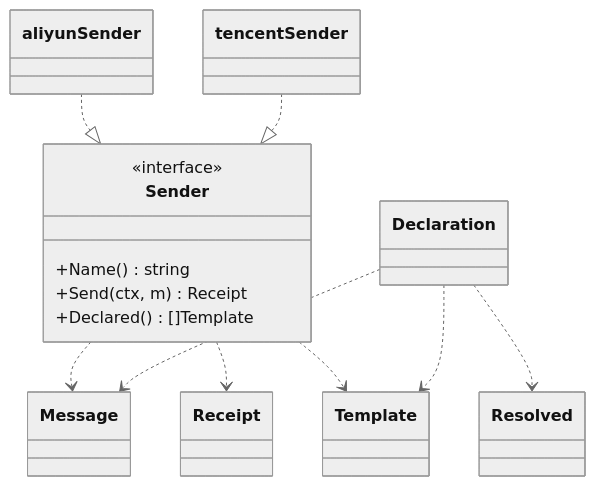
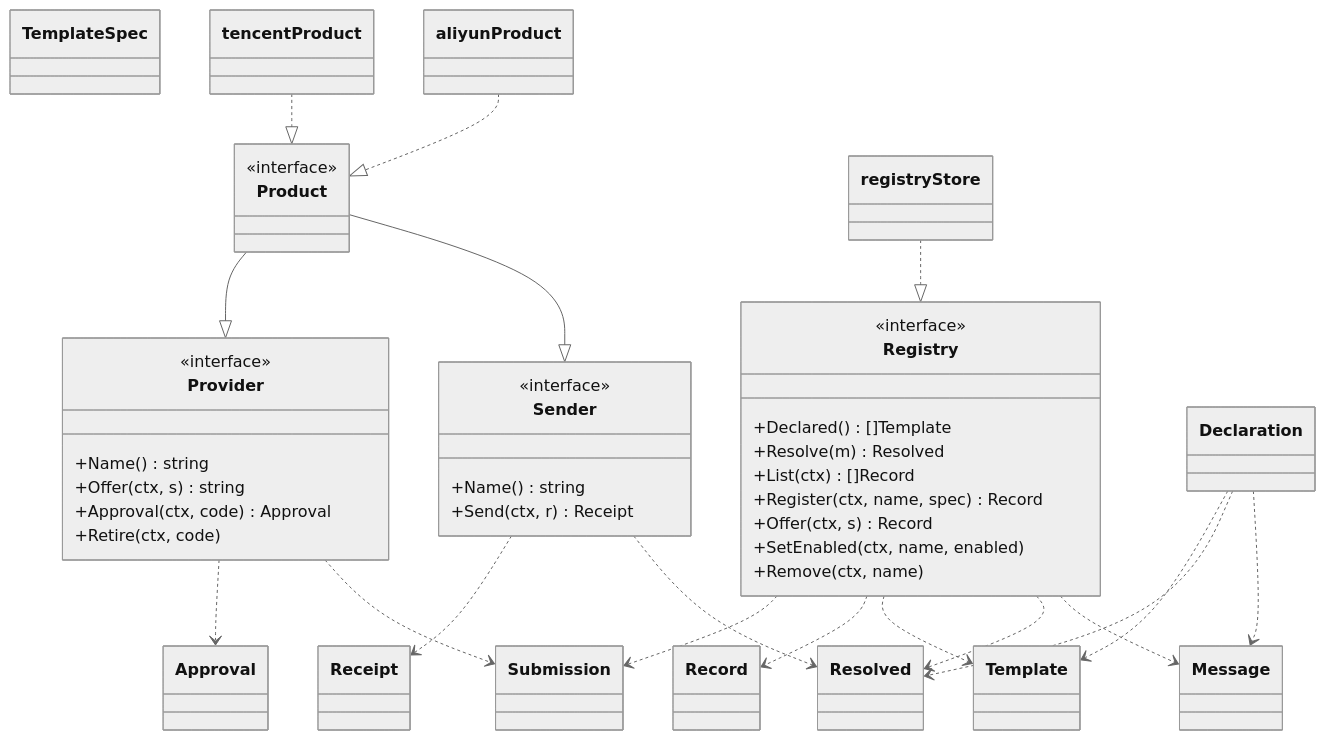
One commit to wangzw/speed changed the diagram in docs/design/modules/design-sms.md. Above: the diagram before and after it, drawn with Mermaid (neutral theme). The commit also changed other lines of this file and 12 other files, not shown here.

````diff
--- a/docs/design/modules/design-sms.md
+++ b/docs/design/modules/design-sms.md
@@ -147,24 +259,57 @@
 ```mermaid
 classDiagram
     class Sender {
         <<interface>>
         +Name() string
-        +Send(ctx, m) Receipt
+        +Send(ctx, r) Receipt
+    }
+    class Provider {
+        <<interface>>
+        +Name() string
+        +Offer(ctx, s) string
+        +Approval(ctx, code) Approval
+        +Retire(ctx, code)
+    }
+    class Registry {
+        <<interface>>
         +Declared() []Template
+        +Resolve(m) Resolved
+        +List(ctx) []Record
+        +Register(ctx, name, spec) Record
+        +Offer(ctx, s) Record
+        +SetEnabled(ctx, name, enabled)
+        +Remove(ctx, name)
+    }
+    class Product {
+        <<interface>>
     }
     class Message
     class Receipt
+    class Resolved
     class Template
+    class TemplateSpec
     class Declaration
-    class Resolved
-    class aliyunSender
-    class tencentSender
-    aliyunSender ..|> Sender
-    tencentSender ..|> Sender
-    Sender ..> Message
+    class Submission
+    class Approval
+    class Record
+    class registryStore
+    class aliyunProduct
+    class tencentProduct
+    Product --|> Sender
+    Product --|> Provider
+    registryStore ..|> Registry
+    aliyunProduct ..|> Product
+    tencentProduct ..|> Product
+    Registry ..> Message
+    Registry ..> Resolved
+    Registry ..> Template
+    Registry ..> Record
+    Registry ..> Submission
+    Sender ..> Resolved
     Sender ..> Receipt
-    Sender ..> Template
+    Provider ..> Submission
+    Provider ..> Approval
     Declaration ..> Message
+    Declaration ..> Resolved
     Declaration ..> Template
-    Declaration ..> Resolved
 ```
````
